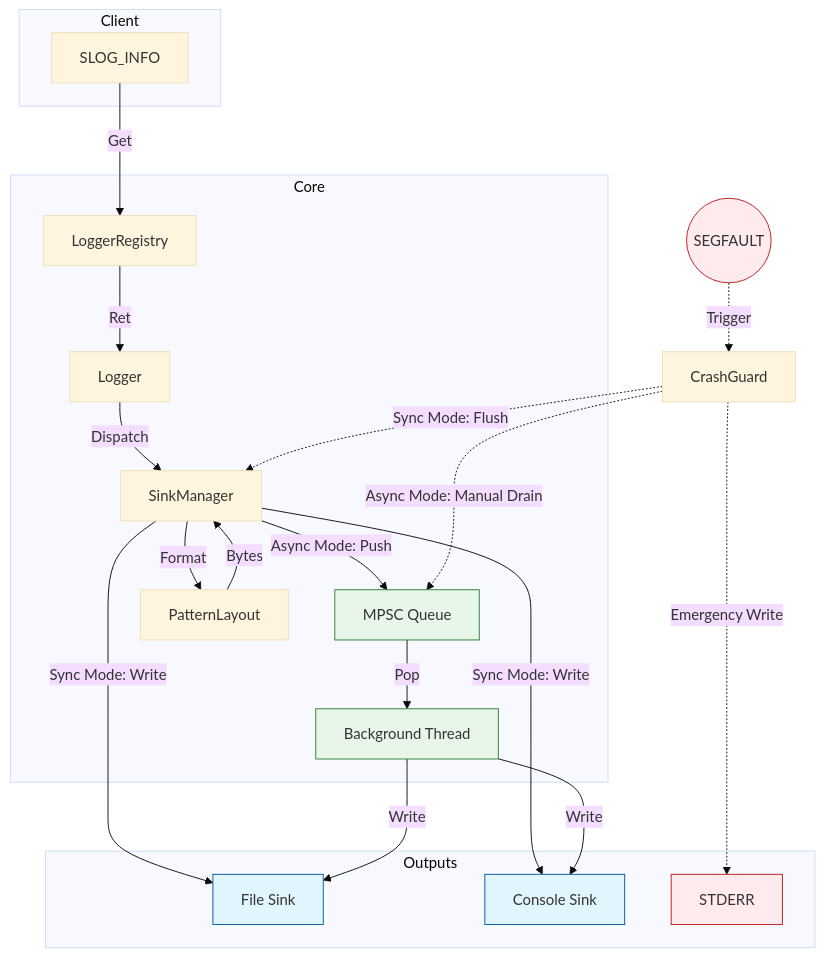
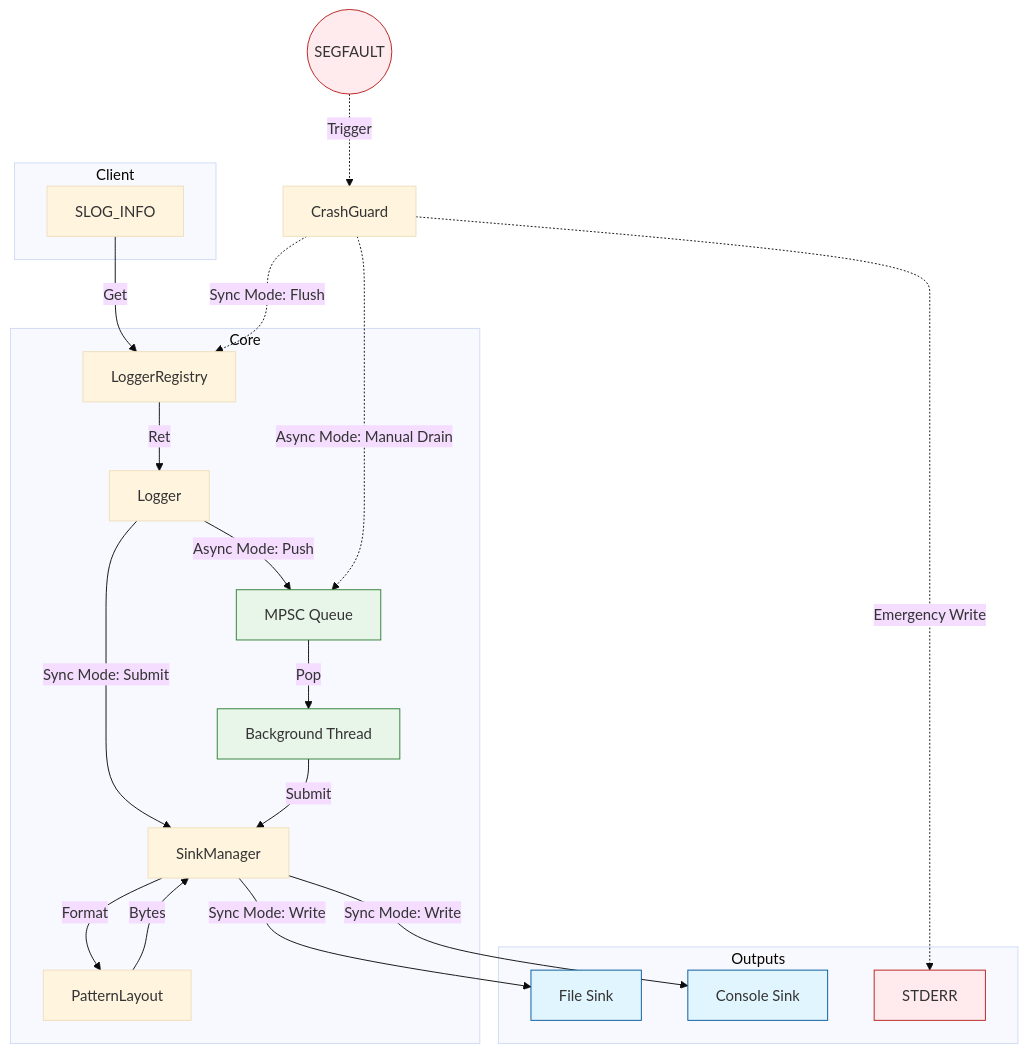
One commit to SaverioCode/SLog changed the diagram in docs/design_spec.md. Above: the diagram before and after it, drawn with Mermaid (base theme).

Commit message:
docs: update design_spec

````diff
--- a/docs/design_spec.md
+++ b/docs/design_spec.md
@@ -7,51 +7,50 @@
 ```mermaid
 graph TD
     classDef sync fill:#e1f5fe,stroke:#01579b
     classDef async fill:#e8f5e9,stroke:#2e7d32
     classDef crash fill:#ffebee,stroke:#b71c1c
 
     subgraph Client
         Macro[SLOG_INFO]
     end
 
     subgraph Core
         Registry[LoggerRegistry]
         LoggerInstance[Logger]
         Q[MPSC Queue]
         Worker[Background Thread]:::async
         SinkMgr[SinkManager]
         Layout[PatternLayout]
     end
 
     subgraph Outputs
         File[File Sink]
         Console[Console Sink]
         Stderr[STDERR ]:::crash
     end
 
     %% Setup
     Macro -->|Get| Registry
     Registry -->|Ret| LoggerInstance
-    LoggerInstance -->|Dispatch| SinkMgr
 
     %% Path 1: SYNC MODE
+    LoggerInstance -->|Sync Mode: Submit| SinkMgr
     SinkMgr -->|Sync Mode: Write| File:::sync
     SinkMgr -->|Sync Mode: Write| Console:::sync
     
     %% Path 2: ASYNC MODE
-    SinkMgr -->|Async Mode: Push| Q:::async
+    LoggerInstance -->|Async Mode: Push| Q:::async
     Q -->|Pop| Worker
-    Worker -->|Write| File
-    Worker -->|Write| Console
+    Worker -->|Submit| SinkMgr
 
     %% Shared Sink Logic
     SinkMgr -->|Format| Layout
     Layout -->|Bytes| SinkMgr
 
 
     %% Crash Handling
     CrashSignal((SEGFAULT)):::crash -.->|Trigger| CrashGuard
-    CrashGuard -.->|Sync Mode: Flush| SinkMgr
+    CrashGuard -.->|Sync Mode: Flush| Registry
     CrashGuard -.->|Async Mode: Manual Drain| Q
     CrashGuard -.->|Emergency Write| Stderr
 ```
````
